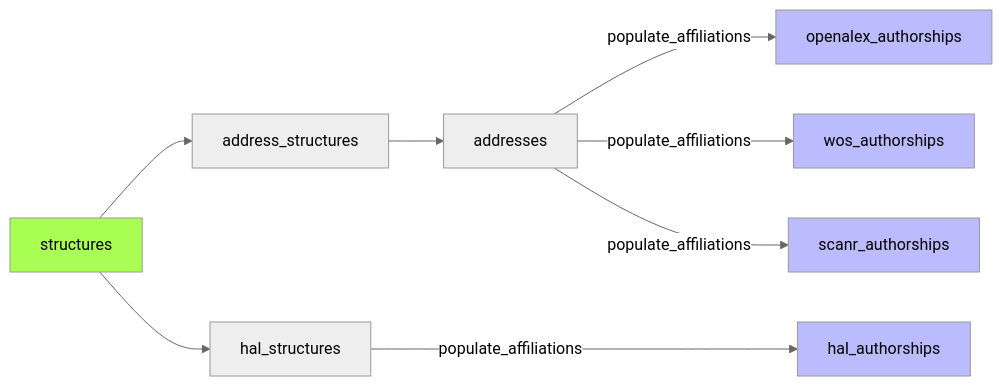
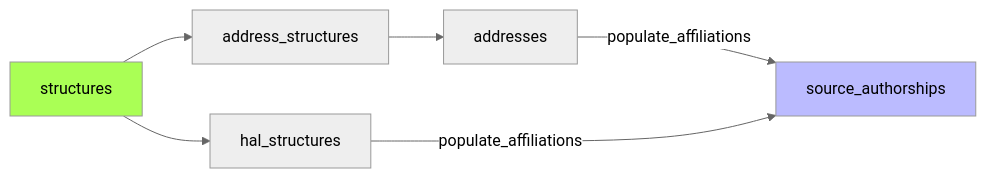
One commit to Y33sha/bibliometrie-uca changed the fifth of 9 diagrams in docs/pipeline.md. Above: the diagram before and after it, drawn with Mermaid (neutral theme). The commit also changed other lines of this file and 26 other files, not shown here.

````diff
--- a/docs/pipeline.md
+++ b/docs/pipeline.md
@@ -164,13 +157,11 @@
 ```mermaid
 flowchart LR
     A[structures]-->B[address_structures]
     B-->C
-    C[addresses]-->|populate_affiliations|D[openalex_authorships]
-    C-->|populate_affiliations|E[wos_authorships]
-    C-->|populate_affiliations|H[scanr_authorships]
-    A-->F[hal_structures]--->|populate_affiliations|G[hal_authorships]
+    C[addresses]-->|populate_affiliations|D[source_authorships]
+    A-->F[hal_structures]--->|populate_affiliations|D
     classDef new  fill:#bbf
     classDef valid  fill:#af5
-    class D,E,G,H new;
+    class D new;
     class A valid;
 ```
````
